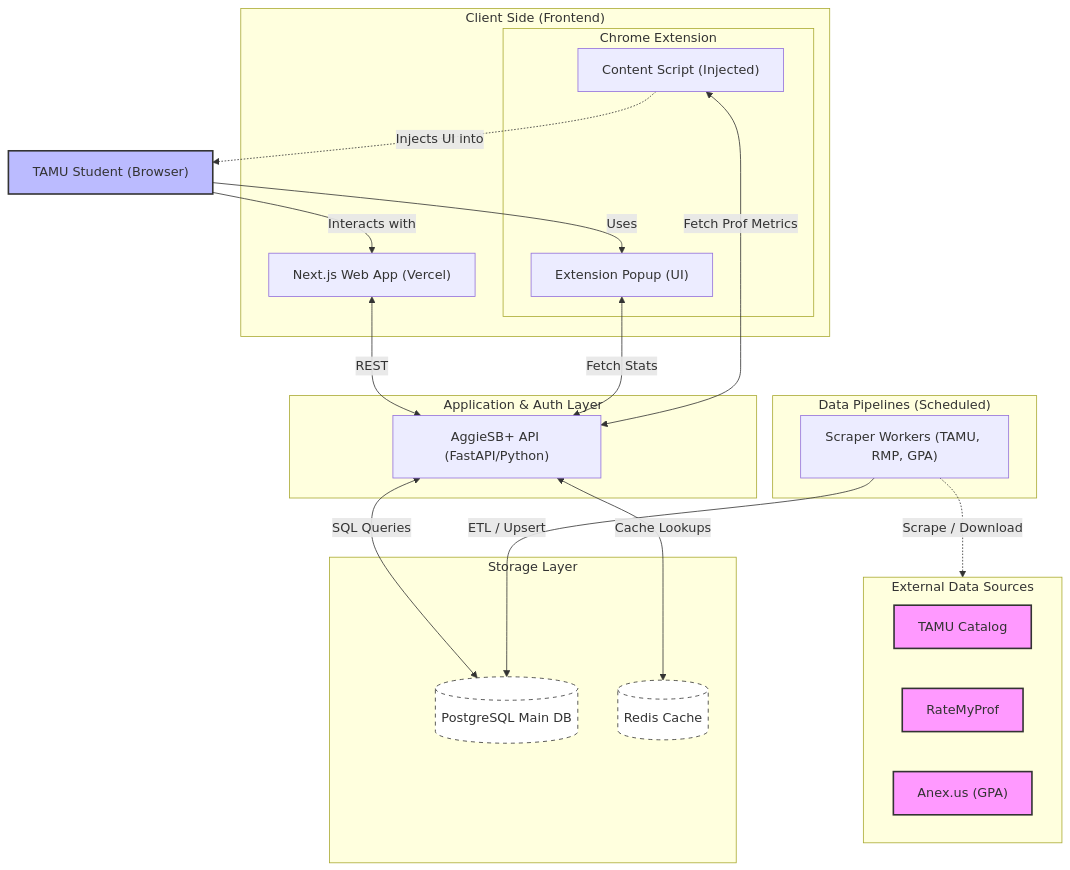
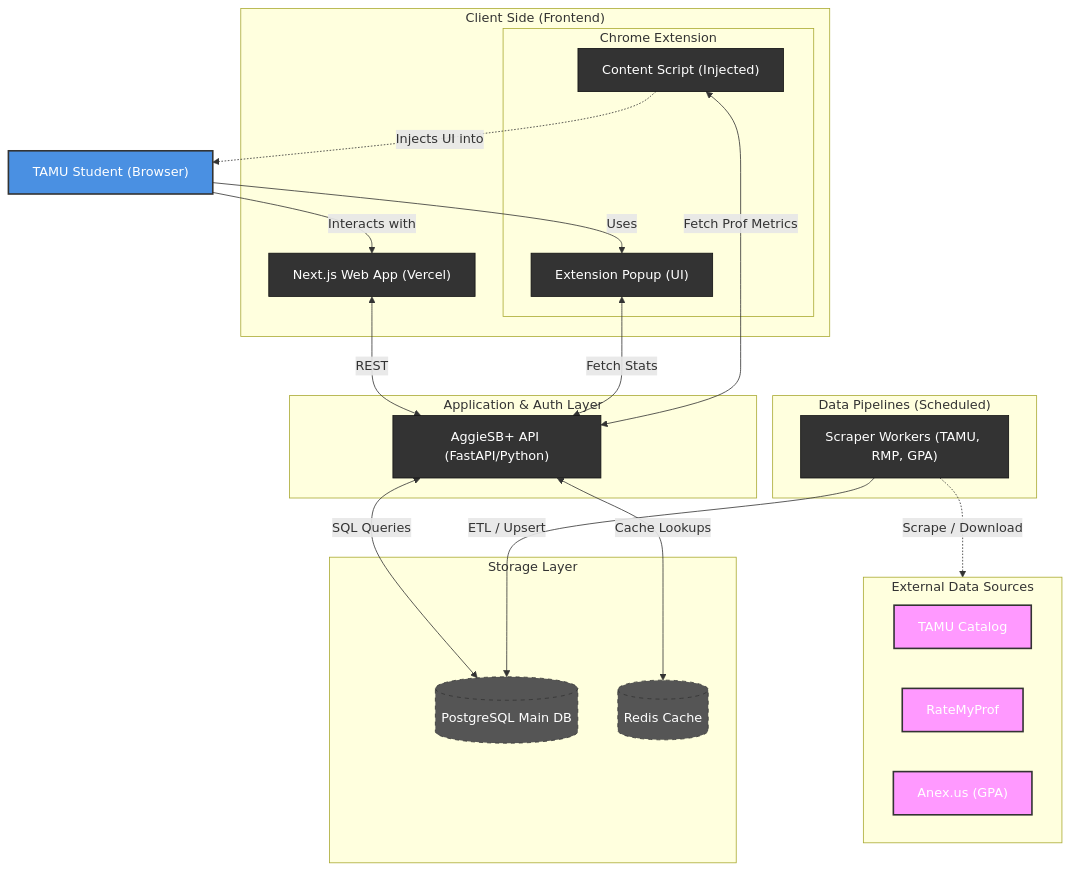
Before and after one commit to nitheesh-cpu/AggieSBP-Backend: the diagram in README.md, drawn with Mermaid.

Commit message:
Enhance Mermaid diagram class definitions
Updated styling for Mermaid diagram classes in README.

````diff
--- a/README.md
+++ b/README.md
@@ -19,59 +19,60 @@
 ```mermaid
 graph TD
     %% -- Styling --
-    classDef external fill:#f9f,stroke:#333,stroke-width:2px;
-    classDef storage fill:#fff,stroke:#333,stroke-dasharray: 5 5;
-    classDef client fill:#bbf,stroke:#333,stroke-width:2px;
-
+    classDef external fill:#f9f,stroke:#333,stroke-width:2px,color:#fff;
+    classDef storage fill:#555,stroke:#333,stroke-dasharray: 5 5,color:#fff;
+    classDef client fill:#4a90e2,stroke:#333,stroke-width:2px,color:#fff;
+    classDef default fill:#333,color:#fff,stroke:#111;
+    
     %% -- Entities --
     User["TAMU Student (Browser)"]:::client
 
     subgraph ExternalSources ["External Data Sources"]
         direction LR
         TAMU["TAMU Catalog"]:::external
         RMP["RateMyProf"]:::external
         Anex["Anex.us (GPA)"]:::external
     end
 
     subgraph ClientLayer ["Client Side (Frontend)"]
         NextJS["Next.js Web App (Vercel)"]
         
         subgraph Extension ["Chrome Extension"]
             ContentScript["Content Script (Injected)"]
             Popup["Extension Popup (UI)"]
         end
     end
 
     subgraph ServiceLayer ["Application & Auth Layer"]
         FastAPI["AggieSB+ API (FastAPI/Python)"]
     end
 
     subgraph WorkerLayer ["Data Pipelines (Scheduled)"]
         Scrapers["Scraper Workers (TAMU, RMP, GPA)"]
     end
 
     subgraph StorageLayer ["Storage Layer"]
         PostgreSQL[(PostgreSQL Main DB)]:::storage
         Redis[(Redis Cache)]:::storage
     end
 
     %% -- Connections --
 
     %% User to Clients
     User -->|Interacts with| NextJS
     User -->|Uses| Popup
     ContentScript -.->|Injects UI into| User
 
     %% Clients to Backend
     NextJS <-->|REST| FastAPI
     Popup <-->|Fetch Stats| FastAPI
     ContentScript <-->|Fetch Prof Metrics| FastAPI
 
     %% Backend logic
     FastAPI <-->|SQL Queries| PostgreSQL
     FastAPI <-->|Cache Lookups| Redis
 
     %% Pipeline Flow
     Scrapers -.->|Scrape / Download| ExternalSources
     Scrapers -->|ETL / Upsert| PostgreSQL
 ```
````
